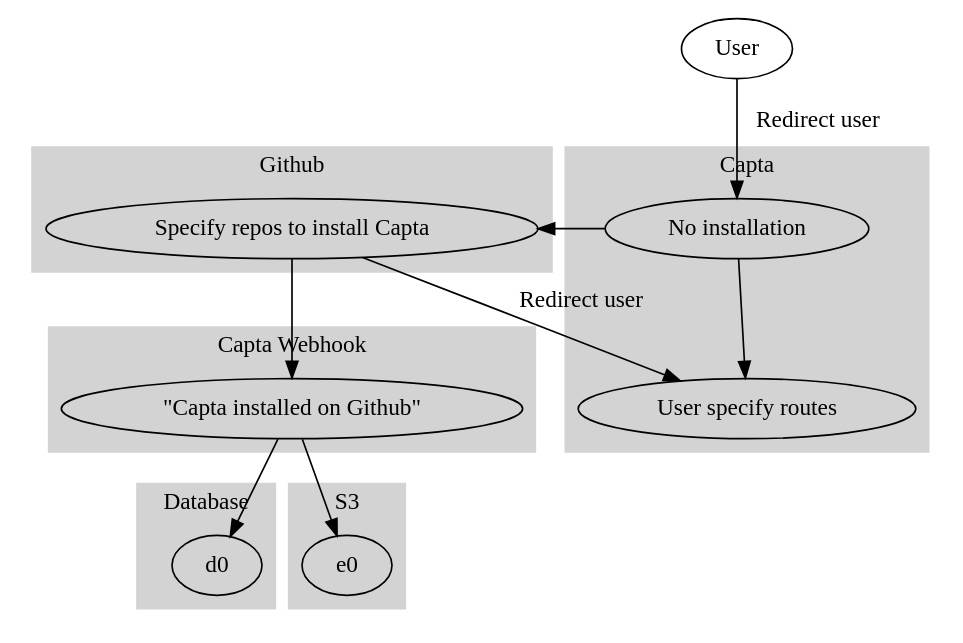
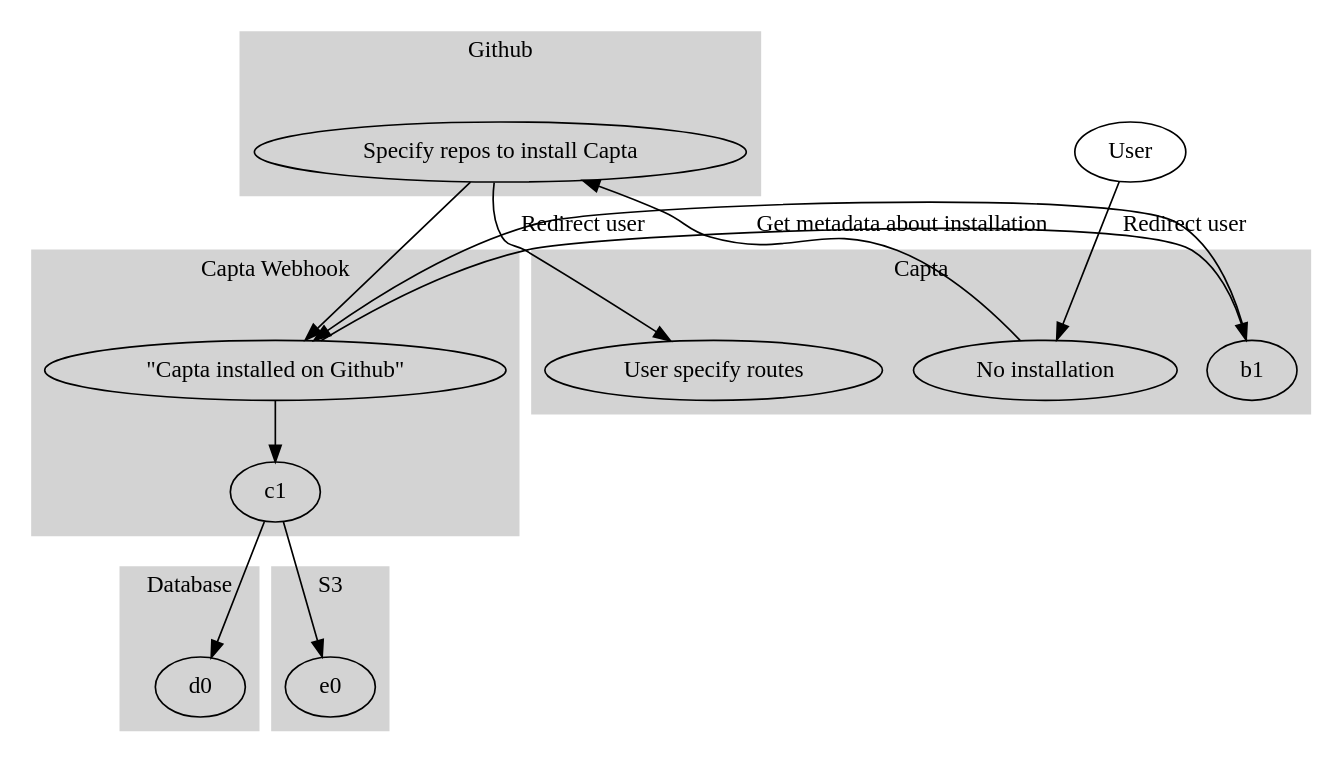
The diagram in github_integration.gv (rickyyean/blog1), drawn with Graphviz before and after one commit.

```diff
--- a/github_integration.gv
+++ b/github_integration.gv
@@ -1,47 +1,51 @@
 digraph G {
   subgraph cluster_github {
     label = "Github";
     style=filled; color=lightgrey;
 
     a0;
   }
   subgraph cluster_capta {
     label = "Capta";
     color=lightgrey; style=filled;
     
-    b0 -> b1;
+    b0; b1; b2;
   }
   subgraph cluster_capta_webhook {
     label = "Capta Webhook";
     color=lightgrey; style=filled;
 
-    c0;
+    c0; c1;
   }
   subgraph cluster_db {
     label = "Database";
     color=lightgrey; style=filled;
     
     d0;
   }
   subgraph cluster_s3 {
     label="S3";
     color=lightgrey; style=filled;
     
     e0;
   }
 
   User -> b0 [label="Redirect user"];
   b0 [label="No installation"];
 
   b0 -> a0;
   a0 [label="Specify repos to install Capta"];
   
-  a0 -> b1 [label="Redirect user"];
-  b1 [label="User specify routes"]; /* Clarify */
+  a0 -> b2 [label="Redirect user"];
+  b2 [label="User specify routes"]; /* Clarify */
   
   a0 -> c0; /* Update DB. Sync Repo to S3 */
   c0 [label="\"Capta installed on Github\""];
   
-  c0 -> d0;
-  c0 -> e0;
+  c0 -> b1 [label="Get metadata about installation"];
+  b1 -> c0;
+  c0 -> c1;
+  
+  c1 -> d0;
+  c1 -> e0;
 }
```
